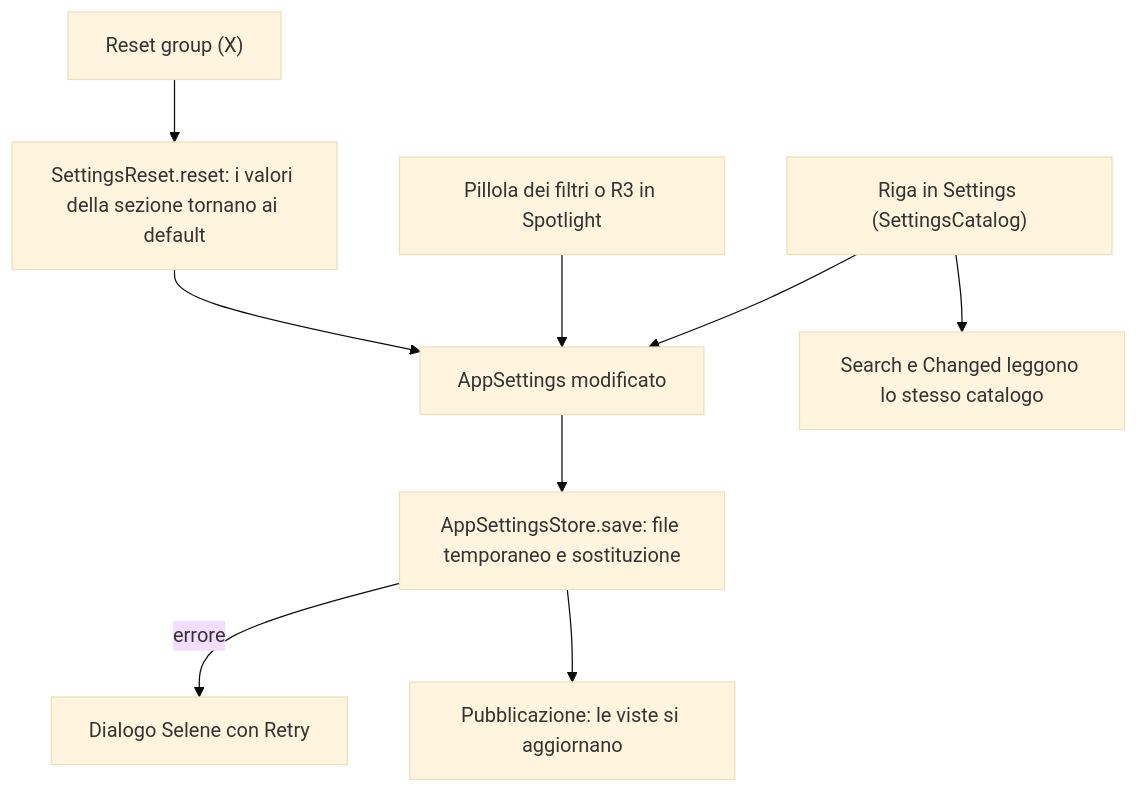
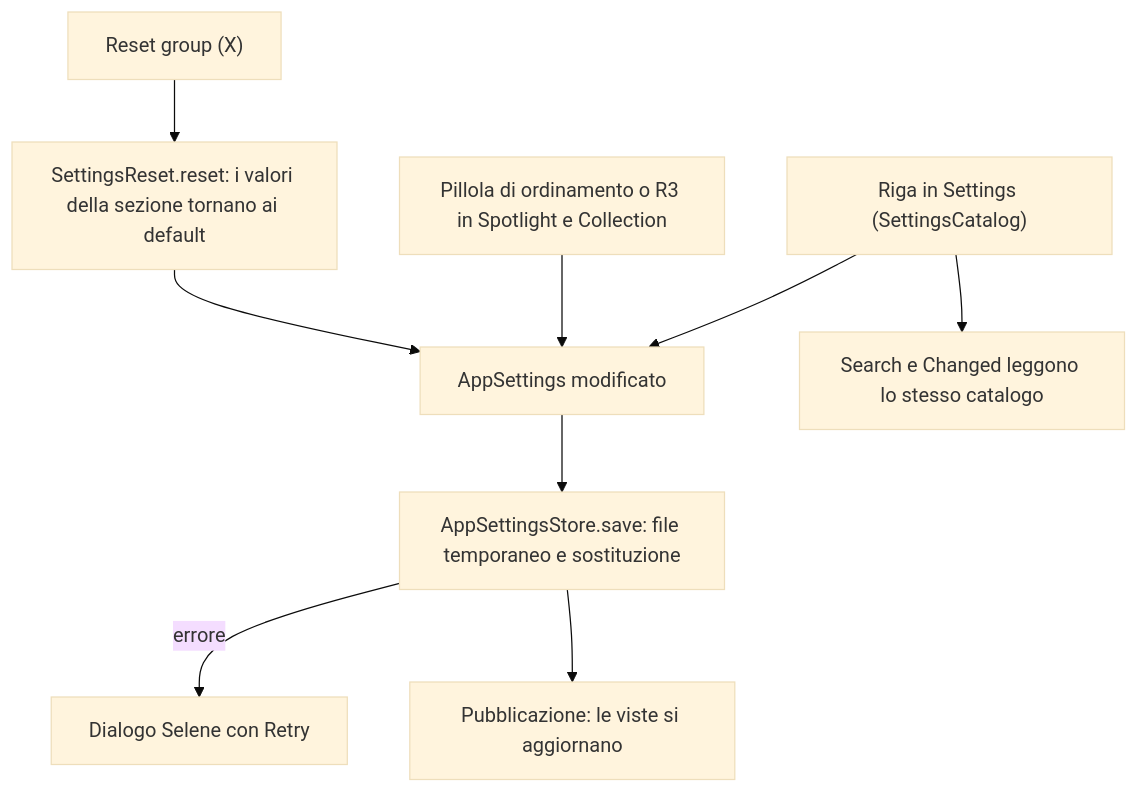
One commit to sofianbll/NxLibrary changed the eighth of 9 diagrams in docs/how-it-works/flows.md. Above: the diagram before and after it, drawn with Mermaid (base theme). The commit also changed other lines of this file and 32 other files, not shown here.

````diff
--- a/docs/how-it-works/flows.md
+++ b/docs/how-it-works/flows.md
@@ -236,11 +236,11 @@
 ```mermaid
 flowchart TD
     A["Riga in Settings (SettingsCatalog)"] --> B["AppSettings modificato"]
-    H["Pillola dei filtri o R3 in Spotlight"] --> B
+    H["Pillola di ordinamento o R3 in Spotlight e Collection"] --> B
     B --> C["AppSettingsStore.save: file temporaneo e sostituzione"]
     C -->|"errore"| X["Dialogo Selene con Retry"]
     C --> D["Pubblicazione: le viste si aggiornano"]
     A --> E["Search e Changed leggono lo stesso catalogo"]
     F["Reset group (X)"] --> G["SettingsReset.reset: i valori della sezione tornano ai default"]
     G --> B
 ```
````
